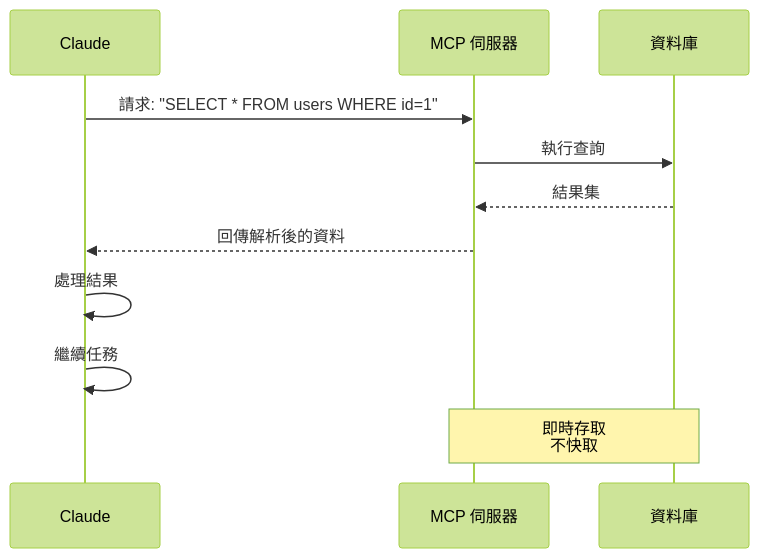
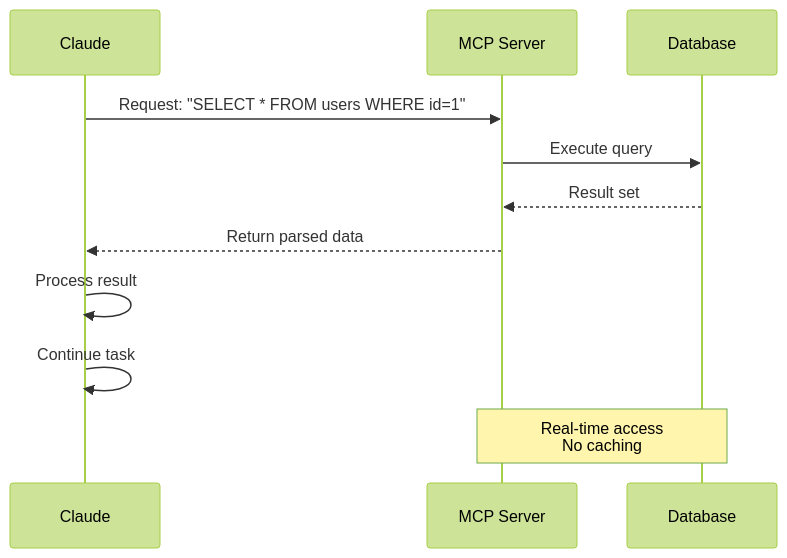
Before and after one commit to huckly/claude-howto-zh-tw: the fifth of 7 diagrams in 05-mcp/README.md, drawn with Mermaid (forest theme). The commit also changed other lines of this file, not shown here.

Commit message:
🔌 05-mcp：MCP Protocol — 同步 v2.1.110

````diff
--- a/05-mcp/README.md
+++ b/05-mcp/README.md
@@ -575,15 +574,15 @@
 ```mermaid
 sequenceDiagram
     participant App as Claude
-    participant MCP as MCP 伺服器
-    participant DB as 資料庫
+    participant MCP as MCP Server
+    participant DB as Database
 
-    App->>MCP: 請求: "SELECT * FROM users WHERE id=1"
-    MCP->>DB: 執行查詢
-    DB-->>MCP: 結果集
-    MCP-->>App: 回傳解析後的資料
-    App->>App: 處理結果
-    App->>App: 繼續任務
+    App->>MCP: Request: "SELECT * FROM users WHERE id=1"
+    MCP->>DB: Execute query
+    DB-->>MCP: Result set
+    MCP-->>App: Return parsed data
+    App->>App: Process result
+    App->>App: Continue task
 
-    Note over MCP,DB: 即時存取<br/>不快取
+    Note over MCP,DB: Real-time access<br/>No caching
 ```
````
